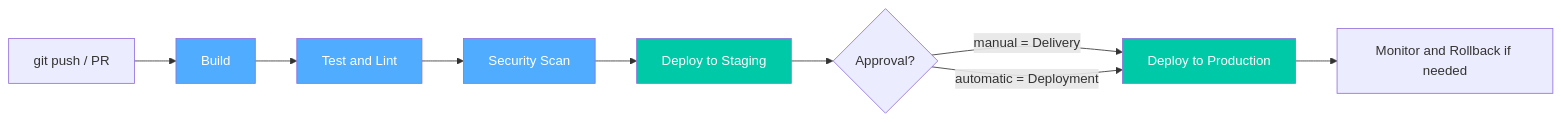
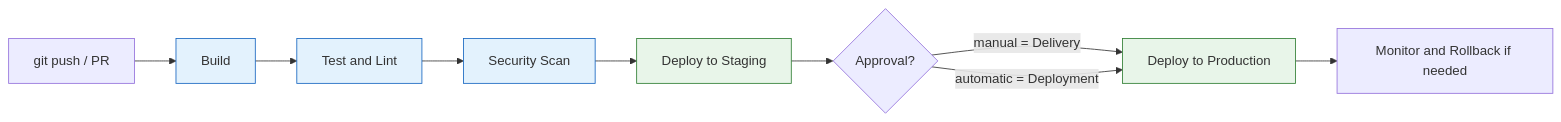
Before and after one commit to AndrewAltimit/Documentation: the diagram in github-pages/docs/technology/ci-cd.md, drawn with Mermaid. The commit also changed 28 other files, not shown here.

````diff
--- a/github-pages/docs/technology/ci-cd.md
+++ b/github-pages/docs/technology/ci-cd.md
@@ -70,16 +70,16 @@
 ```mermaid
 flowchart LR
     COMMIT["git push / PR"] --> BUILD["Build"]
     BUILD --> TEST["Test and Lint"]
     TEST --> SCAN["Security Scan"]
     SCAN --> STAGE["Deploy to Staging"]
     STAGE --> GATE{"Approval?"}
     GATE -->|manual = Delivery| PROD["Deploy to Production"]
     GATE -->|automatic = Deployment| PROD
     PROD --> MON["Monitor and Rollback if needed"]
-    style BUILD fill:#4facfe,color:#fff
-    style TEST fill:#4facfe,color:#fff
-    style SCAN fill:#4facfe,color:#fff
-    style STAGE fill:#00c9a7,color:#fff
-    style PROD fill:#00c9a7,color:#fff
+    style BUILD fill:#e3f2fd,stroke:#1565c0
+    style TEST fill:#e3f2fd,stroke:#1565c0
+    style SCAN fill:#e3f2fd,stroke:#1565c0
+    style STAGE fill:#e8f5e9,stroke:#2e7d32
+    style PROD fill:#e8f5e9,stroke:#2e7d32
 ```
````
